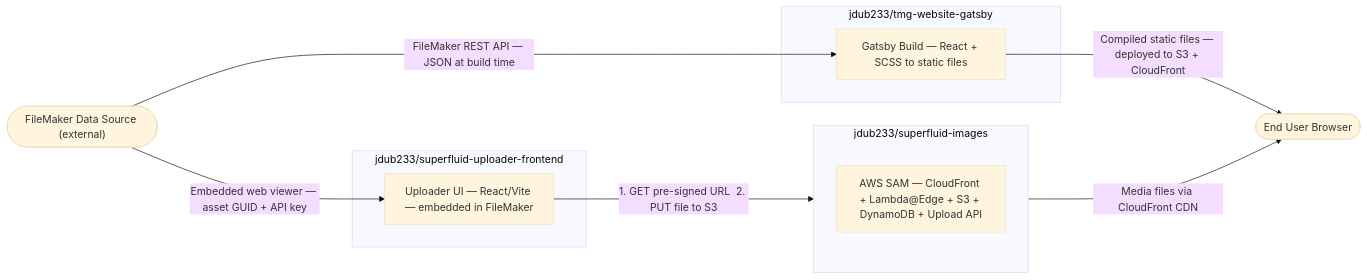
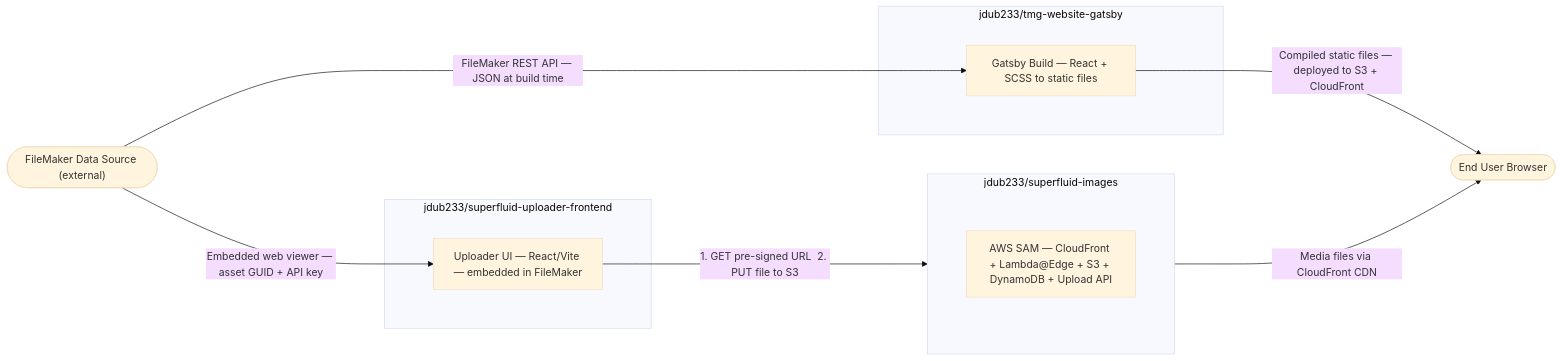
Before and after one commit to jdub233/tmg-website-gatsby: the diagram in docs/system-overview.md, drawn with Mermaid (base theme).

Commit message:
extra spacing in docs

````diff
--- a/docs/system-overview.md
+++ b/docs/system-overview.md
@@ -23,24 +23,24 @@
 ```mermaid
-%%{init: {"flowchart": {"rankSpacing": 100, "nodeSpacing": 50}} }%%
+%%{init: {"flowchart": {"rankSpacing": 150, "nodeSpacing": 100}} }%%
 flowchart LR
     FM(["FileMaker Data Source (external)"])
     Browser(["End User Browser"])
 
     subgraph GATSBY["jdub233/tmg-website-gatsby"]
         BUILD["Gatsby Build — React + SCSS to static files"]
     end
 
     subgraph SUF["jdub233/superfluid-uploader-frontend"]
         UPUI["Uploader UI — React/Vite — embedded in FileMaker"]
     end
 
     subgraph SFIMG["jdub233/superfluid-images"]
         MEDIA["AWS SAM — CloudFront + Lambda@Edge + S3 + DynamoDB + Upload API"]
     end
 
     FM -->|"FileMaker REST API — JSON at build time"| BUILD
     FM -->|"Embedded web viewer — asset GUID + API key"| UPUI
     BUILD -->|"Compiled static files — deployed to S3 + CloudFront"| Browser
     UPUI -->|"1. GET pre-signed URL  2. PUT file to S3"| SFIMG
     SFIMG -->|"Media files via CloudFront CDN"| Browser
 ```
````
